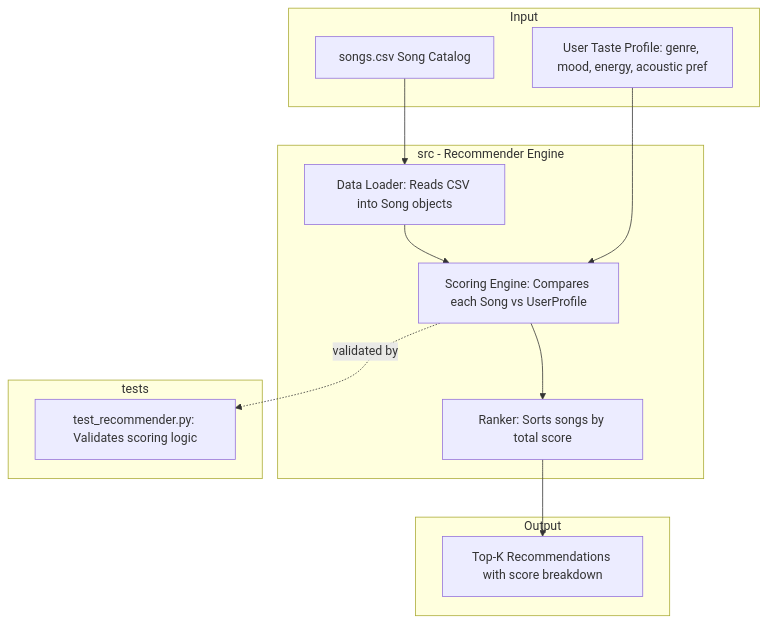
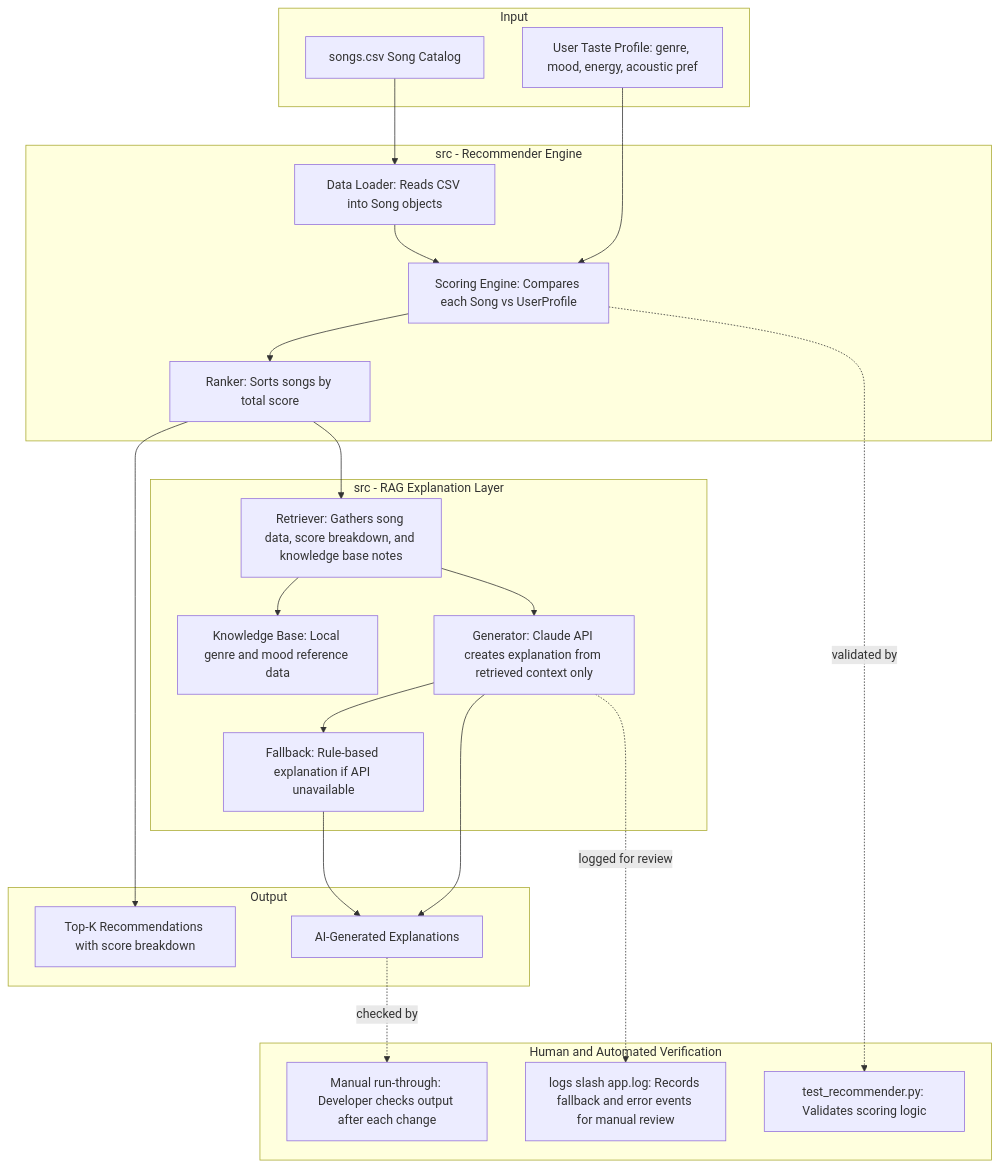
One commit to Sakeet/applied-ai-system-project changed the diagram in diagrams/architecture.mmd. Above: the diagram before and after it, drawn with Mermaid.

Commit message:
Update architecture diagram to include RAG layer and verification

```diff
--- a/diagrams/architecture.mmd
+++ b/diagrams/architecture.mmd
@@ -1,27 +1,44 @@
 flowchart TD
     subgraph Input
         A[songs.csv Song Catalog]
         B[User Taste Profile: genre, mood, energy, acoustic pref]
     end
 
     subgraph Core[src - Recommender Engine]
         C[Data Loader: Reads CSV into Song objects]
         D[Scoring Engine: Compares each Song vs UserProfile]
         E[Ranker: Sorts songs by total score]
     end
 
+    subgraph RAG[src - RAG Explanation Layer]
+        F[Retriever: Gathers song data, score breakdown, and knowledge base notes]
+        G[Knowledge Base: Local genre and mood reference data]
+        H[Generator: Claude API creates explanation from retrieved context only]
+        I[Fallback: Rule-based explanation if API unavailable]
+    end
+
     subgraph Output
-        F[Top-K Recommendations with score breakdown]
+        J[Top-K Recommendations with score breakdown]
+        K[AI-Generated Explanations]
+    end
+
+    subgraph Verification[Human and Automated Verification]
+        L[test_recommender.py: Validates scoring logic]
+        M[logs slash app.log: Records fallback and error events for manual review]
+        N[Manual run-through: Developer checks output after each change]
     end
 
     A --> C
     C --> D
     B --> D
     D --> E
+    E --> J
     E --> F
-
-    subgraph Tests[tests]
-        G[test_recommender.py: Validates scoring logic]
-    end
-
-    D -.validated by.-> G
+    F --> G
+    F --> H
+    H --> I
+    H --> K
+    I --> K
+    D -.validated by.-> L
+    H -.logged for review.-> M
+    K -.checked by.-> N
```
